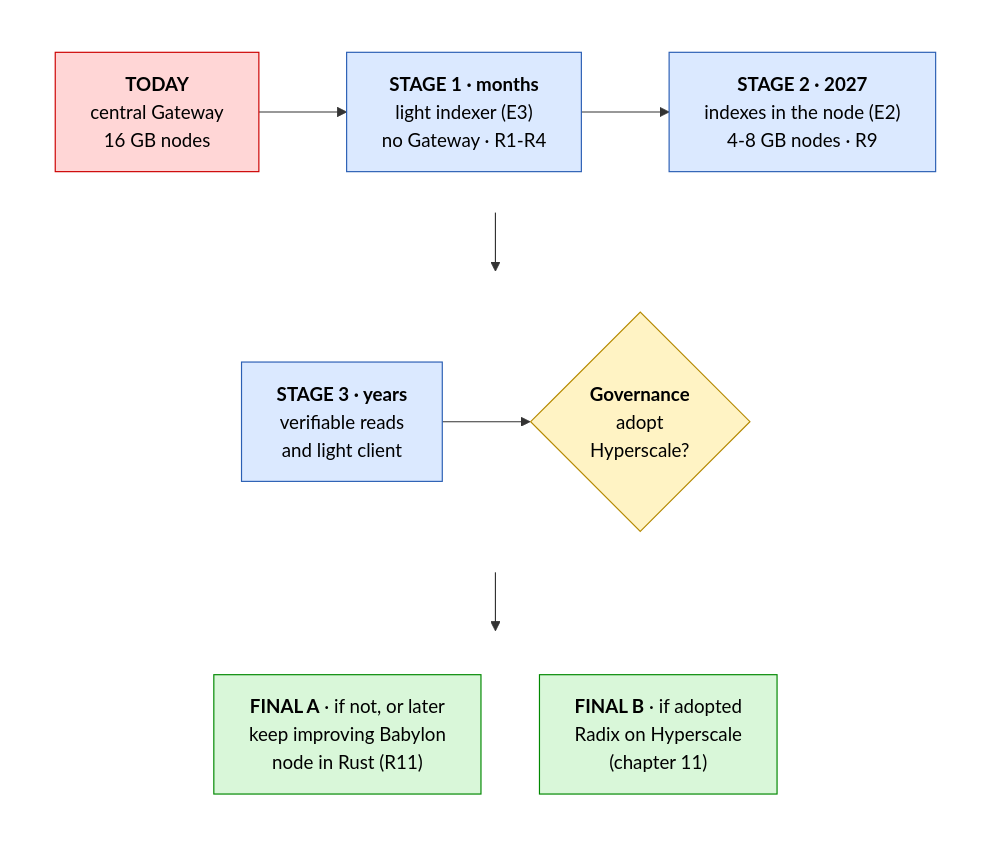
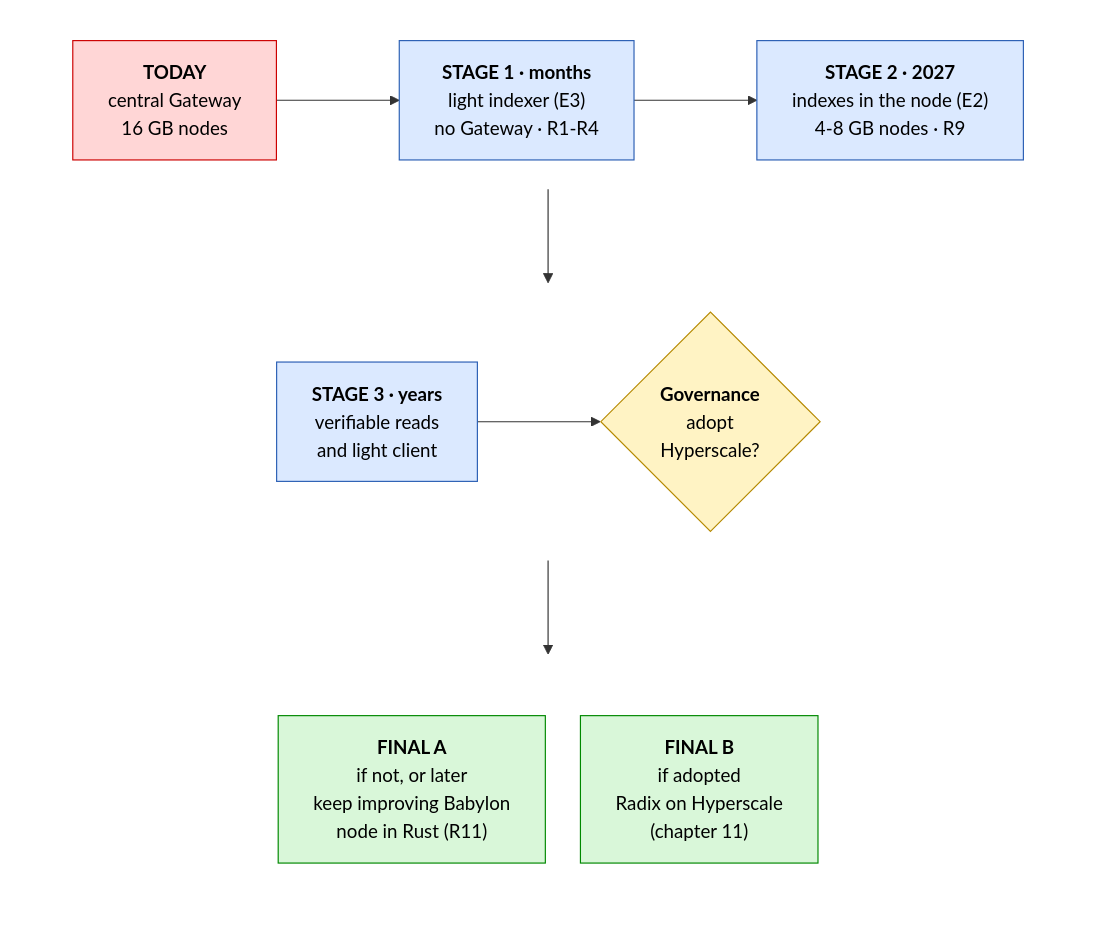
One commit to dazligth/radix-decentralization-roadmap changed the fourth of 6 diagrams in README.md. Above: the diagram before and after it, drawn with Mermaid. The commit also changed 3 other files, not shown here.

Commit message:
Stages diagram: longer arrows and clearer final boxes

````diff
--- a/README.md
+++ b/README.md
@@ -299,27 +299,28 @@
 ```mermaid
+%%{init: {"flowchart": {"rankSpacing": 80, "nodeSpacing": 30}}}%%
 flowchart TB
     subgraph ROW1[" "]
         direction LR
         S0["<b>TODAY</b><br/>central Gateway<br/>16 GB nodes"] --> S1["<b>STAGE 1 · months</b><br/>light indexer (E3)<br/>no Gateway · R1-R4"] --> S2["<b>STAGE 2 · 2027</b><br/>indexes in the node (E2)<br/>4-8 GB nodes · R9"]
     end
     subgraph ROW2[" "]
         direction LR
         S3["<b>STAGE 3 · years</b><br/>verifiable reads<br/>and light client"] --> D{"<b>Governance</b><br/>adopt<br/>Hyperscale?"}
     end
     subgraph ROW3[" "]
         direction TB
-        FA["<b>FINAL A</b> · if not, or later<br/>keep improving Babylon<br/>node in Rust (R11)"]
-        FB["<b>FINAL B</b> · if adopted<br/>Radix on Hyperscale<br/>(chapter 11)"]
+        FA["<b>FINAL A</b><br/>if not, or later<br/>keep improving Babylon<br/>node in Rust (R11)"]
+        FB["<b>FINAL B</b><br/>if adopted<br/>Radix on Hyperscale<br/>(chapter 11)"]
     end
     ROW1 --> ROW2 --> ROW3
     classDef today fill:#ffd6d6,stroke:#c00,color:#000
     classDef step fill:#dbe9ff,stroke:#2b5fb4,color:#000
     classDef decision fill:#fff3c4,stroke:#b58900,color:#000
     classDef final fill:#d9f7d9,stroke:#080,color:#000
     classDef row fill:none,stroke:none
     class S0 today
     class S1,S2,S3 step
     class D decision
     class FA,FB final
     class ROW1,ROW2,ROW3 row
 ```
````
